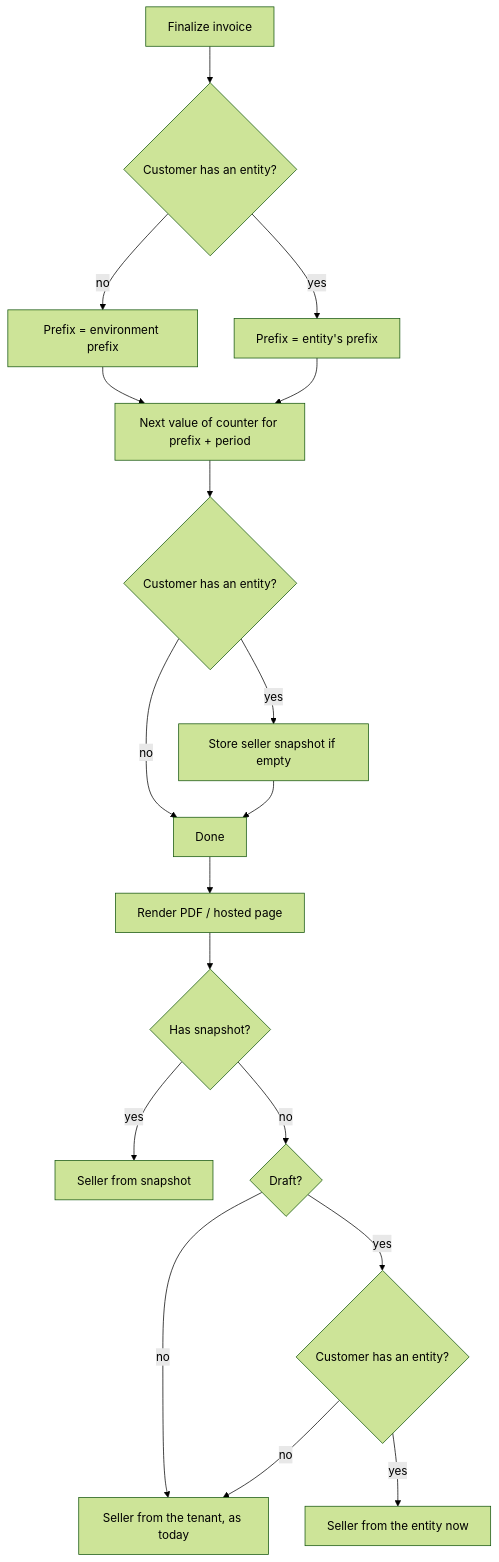
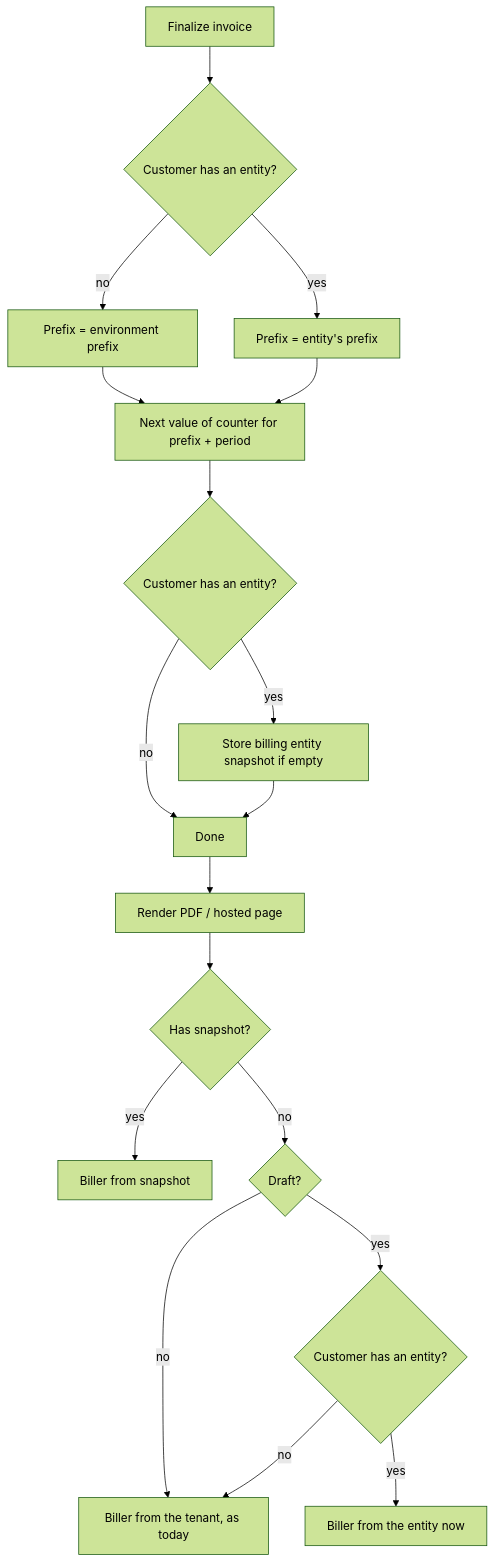
One commit to flexprice/flexprice changed the sixth of 6 diagrams in docs/design/2026-10-27-billing-entities-p1-erd.md. Above: the diagram before and after it, drawn with Mermaid (forest theme). The commit also changed other lines of this file and 39 other files, not shown here.

First line of the commit message:
refactor(billing-entities): billing_details and billing_entity snapshot; drop legal_name

````diff
--- a/docs/design/2026-10-27-billing-entities-p1-erd.md
+++ b/docs/design/2026-10-27-billing-entities-p1-erd.md
@@ -426,20 +423,20 @@
 ```mermaid
 flowchart TD
   F[Finalize invoice] --> C{Customer has an entity?}
   C -- no --> P0[Prefix = environment prefix]
   C -- yes --> P1[Prefix = entity's prefix]
   P0 --> N[Next value of counter for prefix + period]
   P1 --> N
   N --> S{Customer has an entity?}
-  S -- yes --> SN[Store seller snapshot if empty]
+  S -- yes --> SN[Store billing entity snapshot if empty]
   S -- no --> D[Done]
   SN --> D
   D --> R[Render PDF / hosted page]
   R --> Q{Has snapshot?}
-  Q -- yes --> B1[Seller from snapshot]
+  Q -- yes --> B1[Biller from snapshot]
   Q -- no --> I{Draft?}
-  I -- no --> B3[Seller from the tenant, as today]
+  I -- no --> B3[Biller from the tenant, as today]
   I -- yes --> E{Customer has an entity?}
-  E -- yes --> B2[Seller from the entity now]
+  E -- yes --> B2[Biller from the entity now]
   E -- no --> B3
 ```
````
